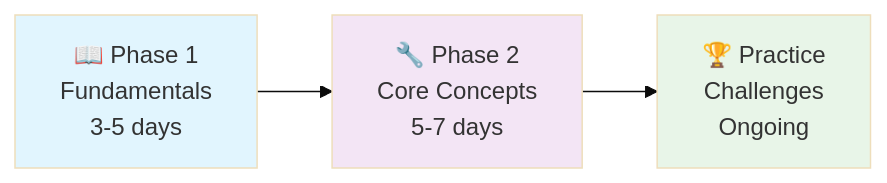
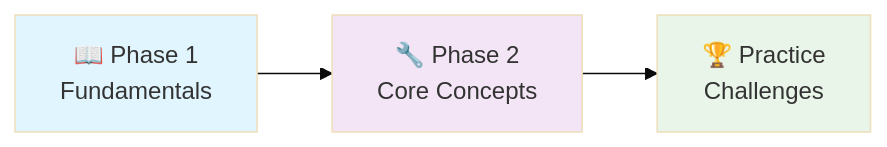
The diagram in 01_Basics/README.md (RohitSoni906068/CGenesis), drawn with Mermaid (base theme) before and after one commit. The commit also changed other lines of this file, not shown here.

````diff
--- a/01_Basics/README.md
+++ b/01_Basics/README.md
@@ -83,9 +83,9 @@
 ```mermaid
 graph LR
-    A[📖 Phase 1<br/>Fundamentals<br/>3-5 days] --> B[🔧 Phase 2<br/>Core Concepts<br/>5-7 days]
-    B --> C[🏆 Practice<br/>Challenges<br/>Ongoing]
+    A[📖 Phase 1<br/>Fundamentals<br/>] --> B[🔧 Phase 2<br/>Core Concepts<br/>]
+    B --> C[🏆 Practice<br/>Challenges<br/>]
     
     style A fill:#e1f5fe
     style B fill:#f3e5f5
     style C fill:#e8f5e8
 ```
````
